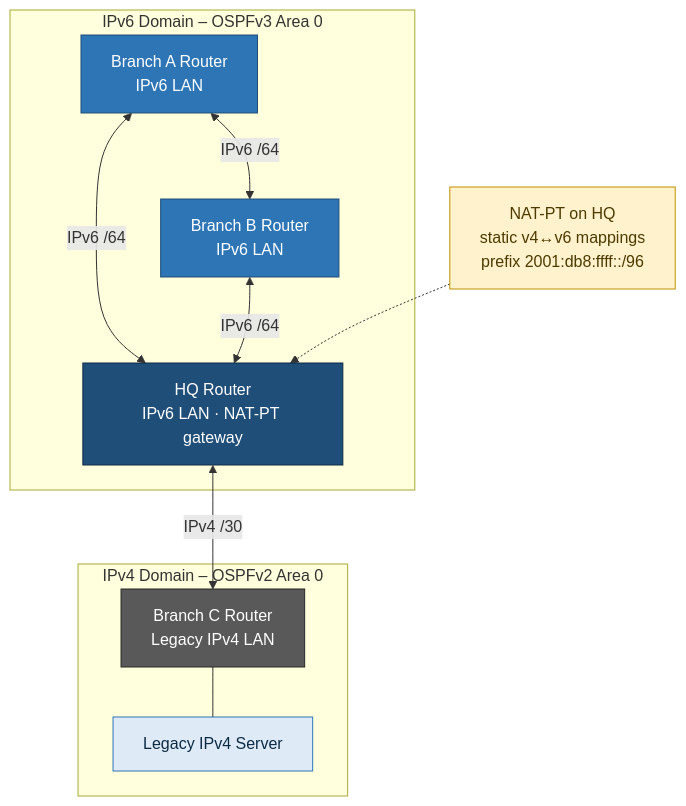
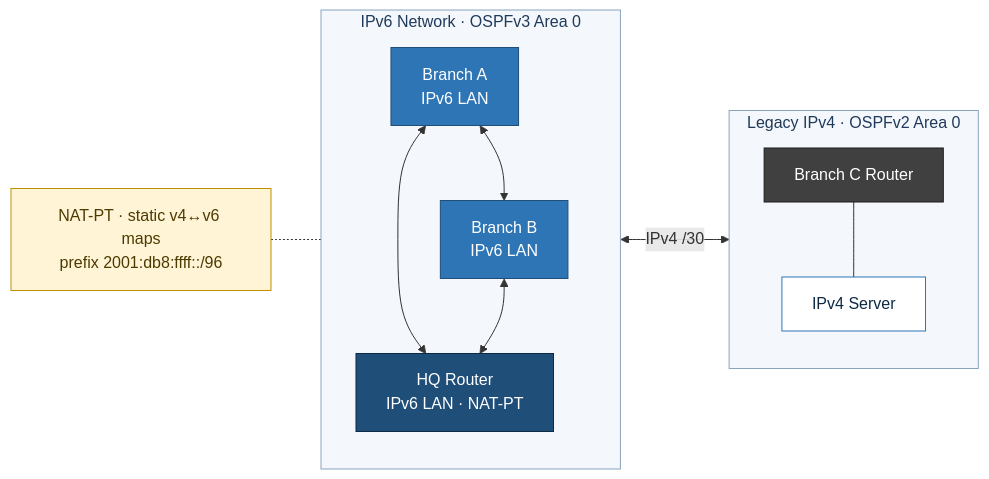
Before and after one commit to arion-zone/IT-Support-Labs: the diagram in Network-Technologies-Labs/02-ipv6-dual-stack-ospf-nat-pt/README.md, drawn with Mermaid. The commit also changed 4 other files, not shown here.

Commit message:
Polish architecture diagrams: compact layouts and consistent styling

````diff
--- a/Network-Technologies-Labs/02-ipv6-dual-stack-ospf-nat-pt/README.md
+++ b/Network-Technologies-Labs/02-ipv6-dual-stack-ospf-nat-pt/README.md
@@ -15,25 +15,30 @@
 ```mermaid
-flowchart TB
-    subgraph V6["IPv6 Domain – OSPFv3 Area 0"]
-        A["Branch A Router<br/>IPv6 LAN"]:::srv
-        B["Branch B Router<br/>IPv6 LAN"]:::srv
-        HQ["HQ Router<br/>IPv6 LAN · NAT-PT gateway"]:::dc
+flowchart LR
+    subgraph V6["IPv6 Network · OSPFv3 Area 0"]
+        direction TB
+        A["Branch A<br/>IPv6 LAN"]:::srv
+        B["Branch B<br/>IPv6 LAN"]:::srv
+        HQ["HQ Router<br/>IPv6 LAN · NAT-PT"]:::dc
+        A <--> B
+        A <--> HQ
+        B <--> HQ
     end
-    subgraph V4["IPv4 Domain – OSPFv2 Area 0"]
-        C["Branch C Router<br/>Legacy IPv4 LAN"]:::edge
-        SVR["Legacy IPv4 Server"]:::client
+    subgraph V4["Legacy IPv4 · OSPFv2 Area 0"]
+        direction TB
+        C["Branch C Router"]:::edge
+        SVR["IPv4 Server"]:::client
+        C --- SVR
     end
-    A <-- "IPv6 /64" --> B
-    A <-- "IPv6 /64" --> HQ
-    B <-- "IPv6 /64" --> HQ
+    NAT["NAT-PT · static v4↔v6 maps<br/>prefix 2001:db8:ffff::/96"]:::policy
     HQ <-- "IPv4 /30" --> C
-    C --- SVR
-    NAT["NAT-PT on HQ<br/>static v4↔v6 mappings<br/>prefix 2001:db8:ffff::/96"]:::policy -.-> HQ
+    NAT -.- HQ
+    class V6,V4 zone
     classDef dc fill:#1f4e79,stroke:#0d2a45,color:#ffffff
     classDef srv fill:#2e75b6,stroke:#1f4e79,color:#ffffff
-    classDef client fill:#deebf7,stroke:#2e75b6,color:#0d2a45
-    classDef ro fill:#7f6000,stroke:#4d3a00,color:#ffffff
-    classDef net fill:#e2f0d9,stroke:#548235,color:#1e3d0f
-    classDef edge fill:#595959,stroke:#262626,color:#ffffff
-    classDef policy fill:#fff2cc,stroke:#bf9000,color:#4d3a00
+    classDef client fill:#ffffff,stroke:#2e75b6,color:#0d2a45
+    classDef ro fill:#8c6d1f,stroke:#5c4712,color:#ffffff
+    classDef data fill:#ffffff,stroke:#548235,color:#1e3d0f
+    classDef edge fill:#404040,stroke:#1a1a1a,color:#ffffff
+    classDef policy fill:#fff4d6,stroke:#bf9000,color:#4d3a00
+    classDef zone fill:#f4f7fb,stroke:#8aa4c0,color:#1f3a5a
 ```
````
